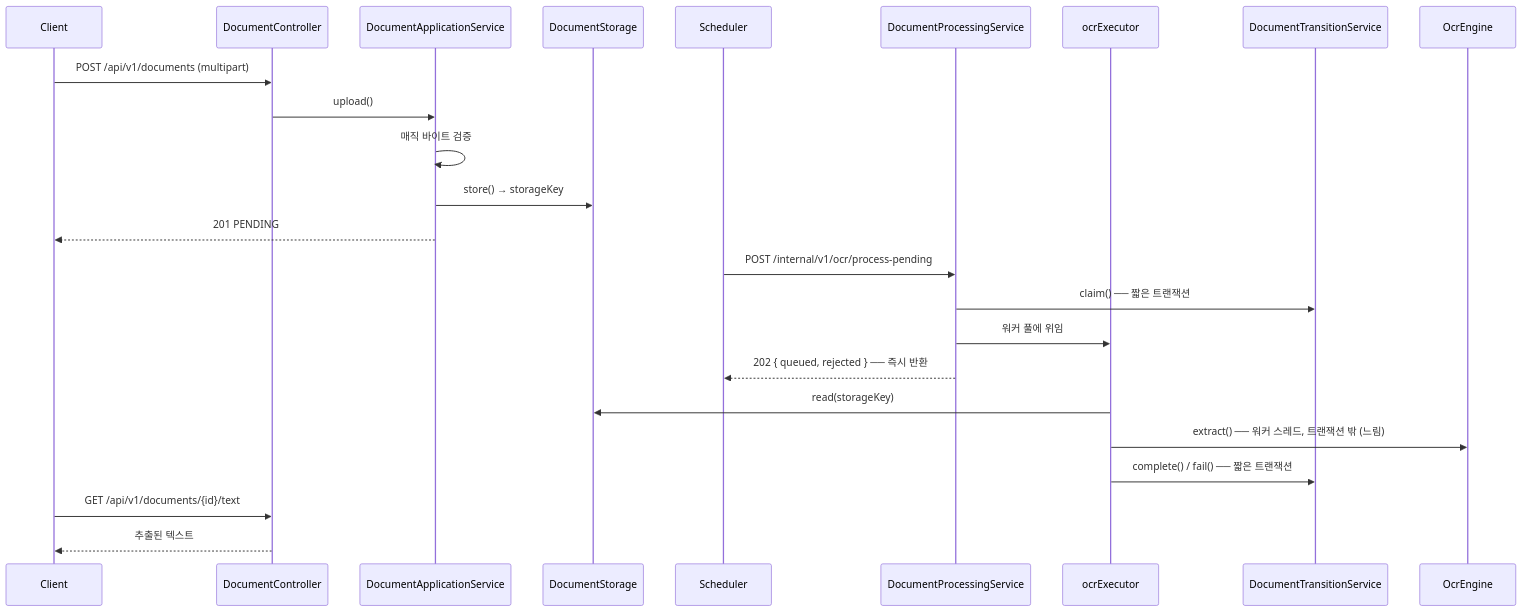
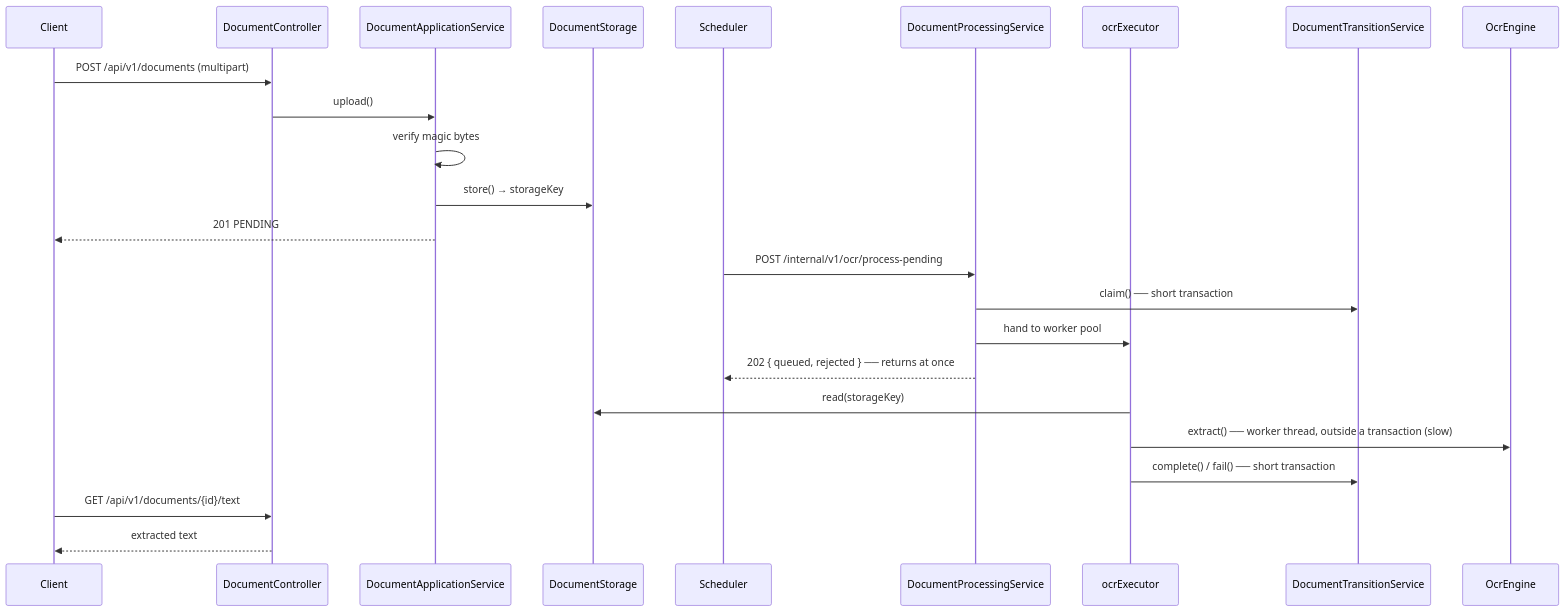
Before and after one commit to hyunolike/ai.ocr-automation.system-backend: the diagram in README.md, drawn with Mermaid. The commit also changed other lines of this file and 3 other files, not shown here.

````diff
--- a/README.md
+++ b/README.md
@@ -323,29 +332,29 @@
 ```mermaid
 sequenceDiagram
     participant C as Client
     participant B as DocumentController
     participant S as DocumentApplicationService
     participant ST as DocumentStorage
     participant SCH as Scheduler
     participant P as DocumentProcessingService
     participant W as ocrExecutor
     participant T as DocumentTransitionService
     participant E as OcrEngine
 
     C->>B: POST /api/v1/documents (multipart)
     B->>S: upload()
-    S->>S: 매직 바이트 검증
+    S->>S: verify magic bytes
     S->>ST: store() → storageKey
     S-->>C: 201 PENDING
 
     SCH->>P: POST /internal/v1/ocr/process-pending
-    P->>T: claim() ── 짧은 트랜잭션
-    P->>W: 워커 풀에 위임
-    P-->>SCH: 202 { queued, rejected } ── 즉시 반환
+    P->>T: claim() ── short transaction
+    P->>W: hand to worker pool
+    P-->>SCH: 202 { queued, rejected } ── returns at once
     W->>ST: read(storageKey)
-    W->>E: extract() ── 워커 스레드, 트랜잭션 밖 (느림)
-    W->>T: complete() / fail() ── 짧은 트랜잭션
+    W->>E: extract() ── worker thread, outside a transaction (slow)
+    W->>T: complete() / fail() ── short transaction
 
     C->>B: GET /api/v1/documents/{id}/text
-    B-->>C: 추출된 텍스트
+    B-->>C: extracted text
 ```
````
